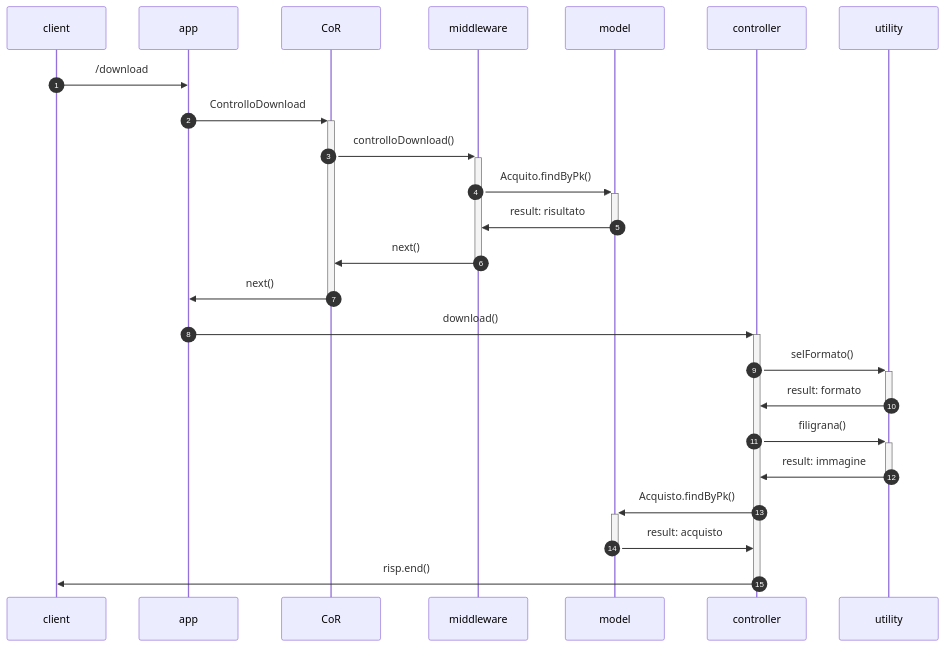
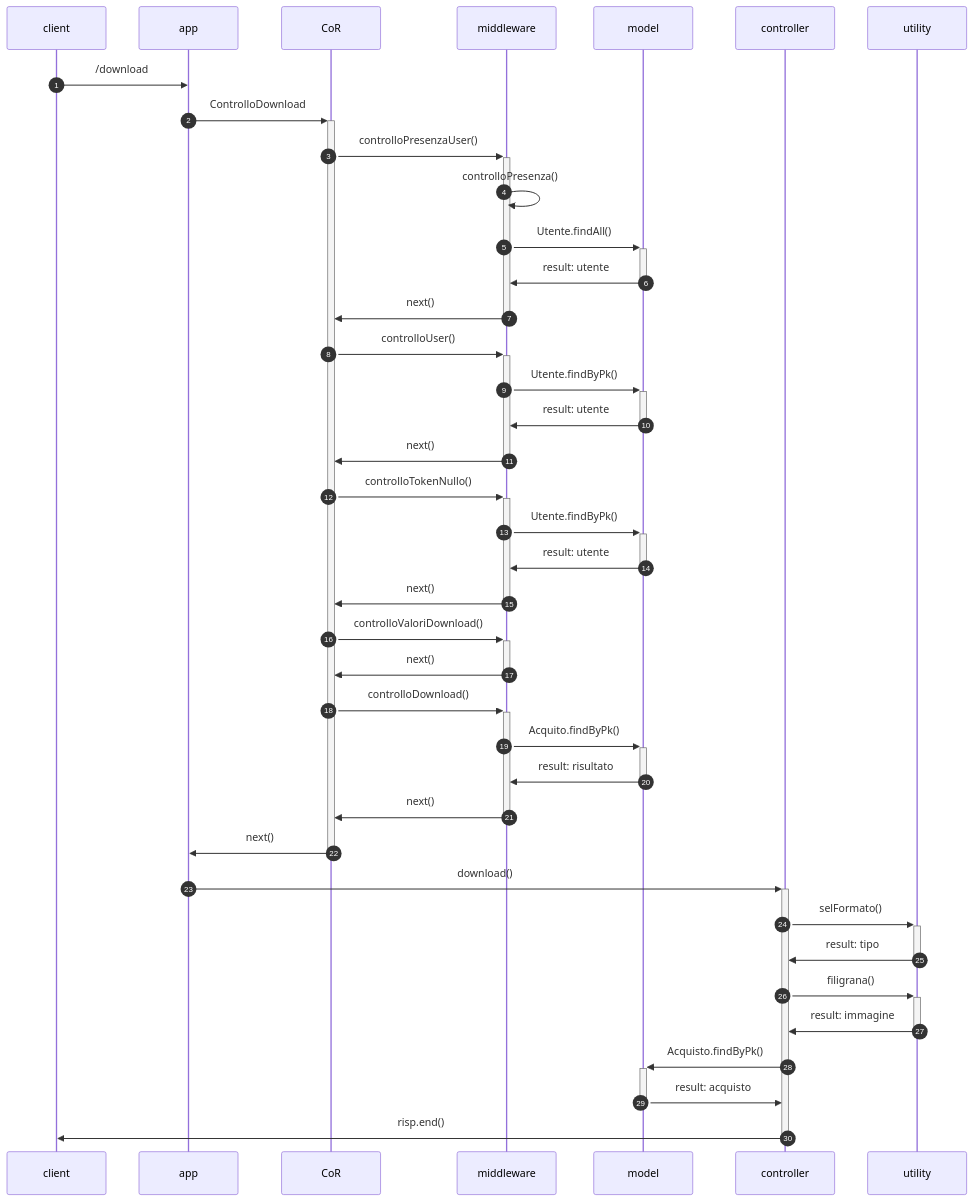
The fourth of 6 diagrams in README.md (MargheritaGaleazzi/AcquistoBeniStorici-Progetto-PA), drawn with Mermaid before and after one commit.

````diff
--- a/README.md
+++ b/README.md
@@ -363,19 +363,34 @@
 ```mermaid
 sequenceDiagram
 autonumber
 client ->> app: /download
 app ->>+ CoR: ControlloDownload
+CoR ->>+ middleware: controlloPresenzaUser()
+middleware ->> middleware: controlloPresenza()
+middleware ->>+ model: Utente.findAll()
+model ->>- middleware: result: utente
+middleware ->>- CoR:  next()
+CoR ->>+ middleware: controlloUser()
+middleware ->>+ model: Utente.findByPk()
+model ->>- middleware: result: utente
+middleware ->>- CoR:  next()
+CoR ->>+ middleware: controlloTokenNullo()
+middleware ->>+ model: Utente.findByPk()
+model ->>- middleware: result: utente
+middleware ->>- CoR:  next()
+CoR ->>+ middleware: controlloValoriDownload()
+middleware ->>- CoR:  next()
 CoR ->>+ middleware: controlloDownload()
 middleware ->>+ model: Acquito.findByPk()
 model ->>- middleware: result: risultato
 middleware ->>- CoR:  next()
 CoR ->>- app : next()
 app ->>+ controller: download()
 controller ->>+ utility: selFormato()
-utility ->>- controller: result: formato
+utility ->>- controller: result: tipo
 controller ->>+ utility: filigrana()
 utility ->>- controller: result: immagine
 controller ->>+ model : Acquisto.findByPk()
 model ->>- controller : result: acquisto
 controller ->>- client:  risp.end()
 ```
````
